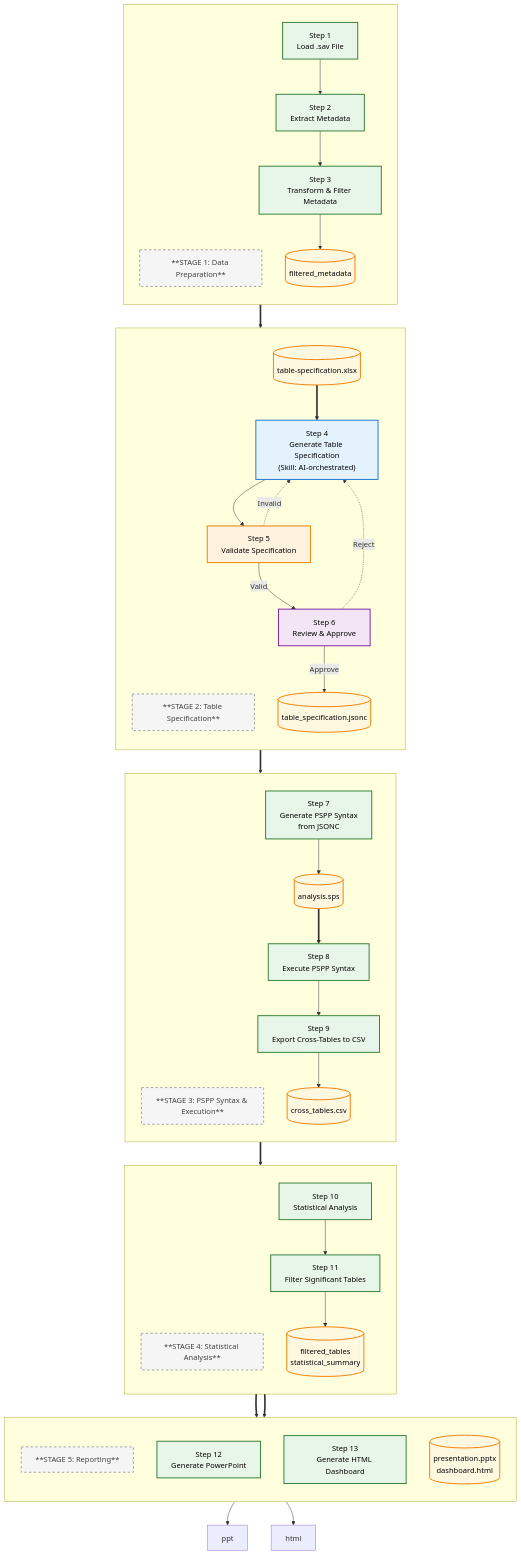
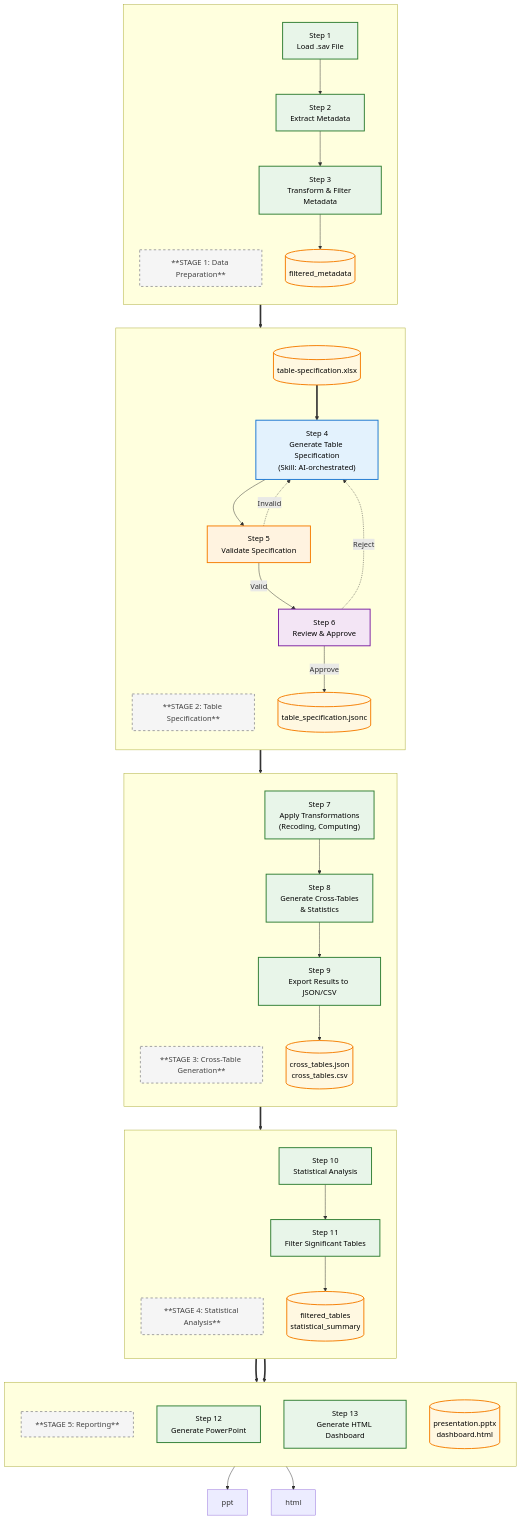
One commit to abcxyzx0099/datachat changed the diagram in docs/data-related/data-flow.md. Above: the diagram before and after it, drawn with Mermaid. The commit also changed other lines of this file and 1 other file, not shown here.

First line of the commit message:
docs(data-flow): update with 5-stage workflow and new structure

```diff
--- a/docs/data-related/data-flow.md
+++ b/docs/data-related/data-flow.md
@@ -118,16 +117,15 @@
         tableSpec[("table_specification.jsonc")]:::artifactStyle
     end
 
-    %% STAGE 3: PSPP Syntax & Execution
+    %% STAGE 3: Cross-Table Generation
     subgraph STAGE3[" "]
         direction TB
-        stage3_label["**STAGE 3: PSPP Syntax & Execution**"]:::stageLabelStyle
+        stage3_label["**STAGE 3: Cross-Table Generation**"]:::stageLabelStyle
 
-        S7["Step 7<br/>Generate PSPP Syntax<br/>from JSONC"]:::processingGreen
-        S8["Step 8<br/>Execute PSPP Syntax"]:::processingGreen
-        S9["Step 9<br/>Export Cross-Tables to CSV"]:::processingGreen
-        syntax[("analysis.sps")]:::artifactStyle
-        crosstabs[("cross_tables.csv")]:::artifactStyle
+        S7["Step 7<br/>Apply Transformations<br/>(Recoding, Computing)"]:::processingGreen
+        S8["Step 8<br/>Generate Cross-Tables<br/>& Statistics"]:::processingGreen
+        S9["Step 9<br/>Export Results to JSON/CSV"]:::processingGreen
+        crosstabs[("cross_tables.json<br/>cross_tables.csv")]:::artifactStyle
     end
 
     %% STAGE 4: Statistical Analysis
@@ -160,8 +158,7 @@
     S6 -->|Approve| tableSpec
     S6 -.->|Reject| S4
 
-    tableSpec ==> S7 --> syntax
-    syntax ==> S8 --> S9 --> crosstabs
+    tableSpec ==> S7 --> S8 --> S9 --> crosstabs
 
     crosstabs ==> S10 --> S11 --> results
 
```
